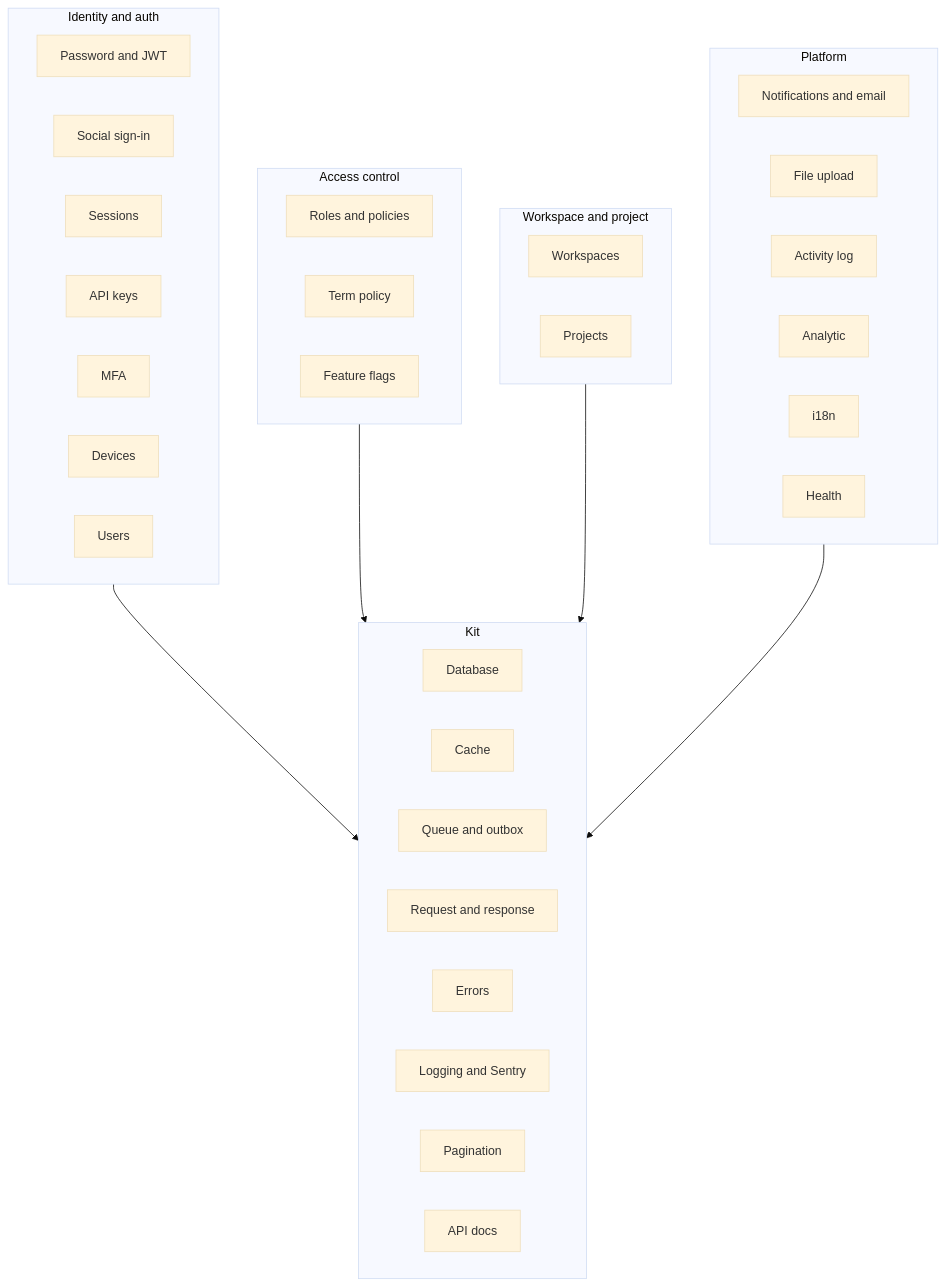
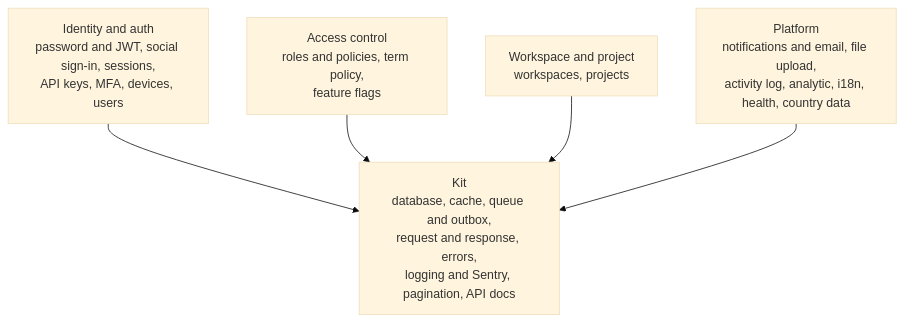
Before and after one commit to andrechristikan/ack-nestjs-boilerplate: the diagram in docs/features.md, drawn with Mermaid (base theme). The commit also changed other lines of this file and 35 other files, not shown here.

Commit message:
docs: draw every diagram top to bottom and match each to its page

````diff
--- a/docs/features.md
+++ b/docs/features.md
@@ -28,43 +30,12 @@
 ```mermaid
 flowchart TB
-    subgraph IDENTITY["Identity and auth"]
-        I1["Password and JWT"]
-        I2["Social sign-in"]
-        I3["Sessions"]
-        I4["API keys"]
-        I5["MFA"]
-        I6["Devices"]
-        I7["Users"]
-    end
-    subgraph ACCESS["Access control"]
-        A1["Roles and policies"]
-        A2["Term policy"]
-        A3["Feature flags"]
-    end
-    subgraph WORKSPACE["Workspace and project"]
-        W1["Workspaces"]
-        W2["Projects"]
-    end
-    subgraph PLATFORM["Platform"]
-        P1["Notifications and email"]
-        P2["File upload"]
-        P3["Activity log"]
-        P4["Analytic"]
-        P5["i18n"]
-        P6["Health"]
-    end
-    subgraph KIT["Kit"]
-        K1["Database"]
-        K2["Cache"]
-        K3["Queue and outbox"]
-        K4["Request and response"]
-        K5["Errors"]
-        K6["Logging and Sentry"]
-        K7["Pagination"]
-        K8["API docs"]
-    end
+    IDENTITY["Identity and auth<br/>password and JWT, social sign-in, sessions,<br/>API keys, MFA, devices, users"]
+    ACCESS["Access control<br/>roles and policies, term policy,<br/>feature flags"]
+    WORKSPACE["Workspace and project<br/>workspaces, projects"]
+    PLATFORM["Platform<br/>notifications and email, file upload,<br/>activity log, analytic, i18n, health, country data"]
+    KIT["Kit<br/>database, cache, queue and outbox,<br/>request and response, errors,<br/>logging and Sentry, pagination, API docs"]
     IDENTITY --> KIT
     ACCESS --> KIT
     WORKSPACE --> KIT
     PLATFORM --> KIT
 ```
````
